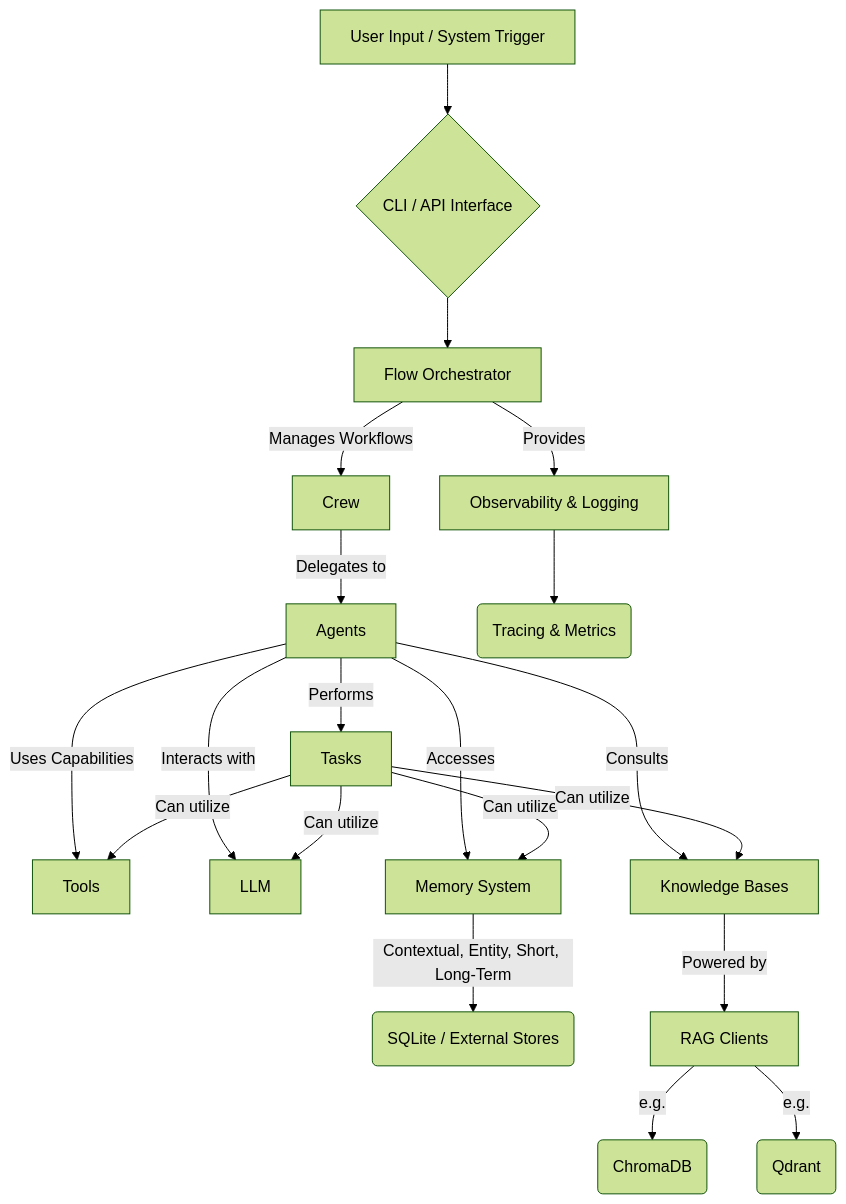
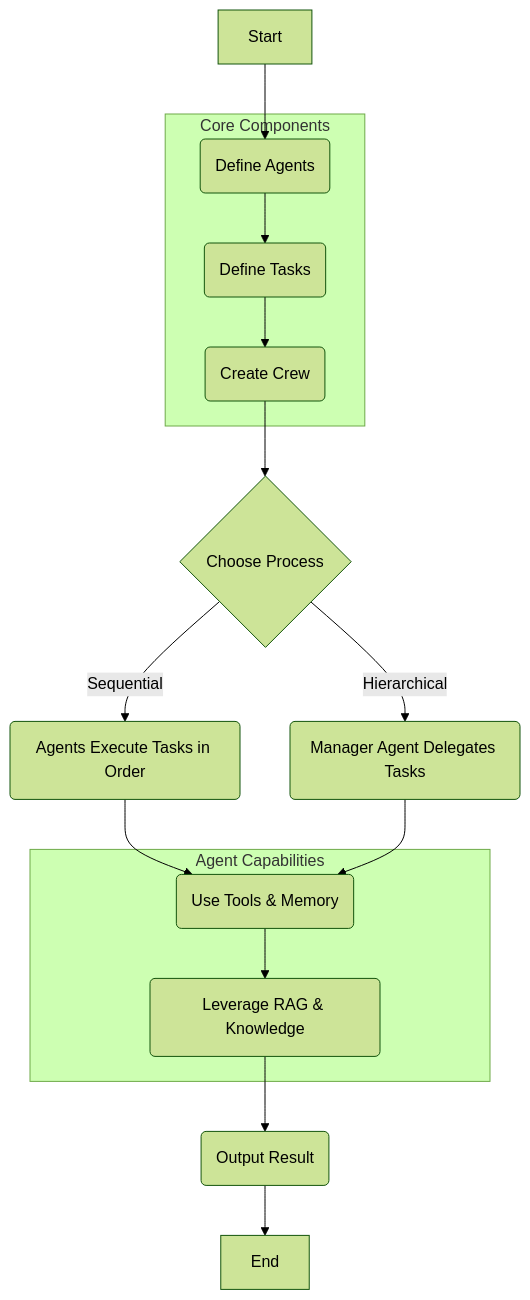
Before and after one commit to grewal16/crewAI: the diagram in README.md, drawn with Mermaid (forest theme). The commit also changed other lines of this file, not shown here.

````diff
--- a/README.md
+++ b/README.md
@@ -46,22 +42,25 @@
 ```mermaid
 graph TD
-    A[User Input / System Trigger] --> B{CLI / API Interface};
-    B --> C[Flow Orchestrator];
-    C -- Manages Workflows --> D[Crew];
-    D -- Delegates to --> E[Agents];
-    E -- Performs --> F[Tasks];
-    E -- Uses Capabilities --> G[Tools];
-    E -- Interacts with --> H[LLM];
-    E -- Accesses --> I[Memory System];
-    I -- Contextual, Entity, Short, Long-Term --> J(SQLite / External Stores);
-    E -- Consults --> K[Knowledge Bases];
-    K -- Powered by --> L[RAG Clients];
-    L -- e.g. --> L1(ChromaDB);
-    L -- e.g. --> L2(Qdrant);
-    F -- Can utilize --> G;
-    F -- Can utilize --> H;
-    F -- Can utilize --> I;
-    F -- Can utilize --> K;
-    C -- Provides --> M[Observability & Logging];
-    M --> N(Tracing & Metrics);
+    A[Start] --> B(Define Agents)
+    B --> C(Define Tasks)
+    C --> D(Create Crew)
+    D --> E{Choose Process}
+    E -- Sequential --> F(Agents Execute Tasks in Order)
+    E -- Hierarchical --> G(Manager Agent Delegates Tasks)
+    F --> H(Use Tools & Memory)
+    G --> H
+    H --> I(Leverage RAG & Knowledge)
+    I --> J(Output Result)
+    J --> K[End]
+
+    subgraph Core Components
+        B
+        C
+        D
+    end
+
+    subgraph Agent Capabilities
+        H
+        I
+    end
 ```
````
